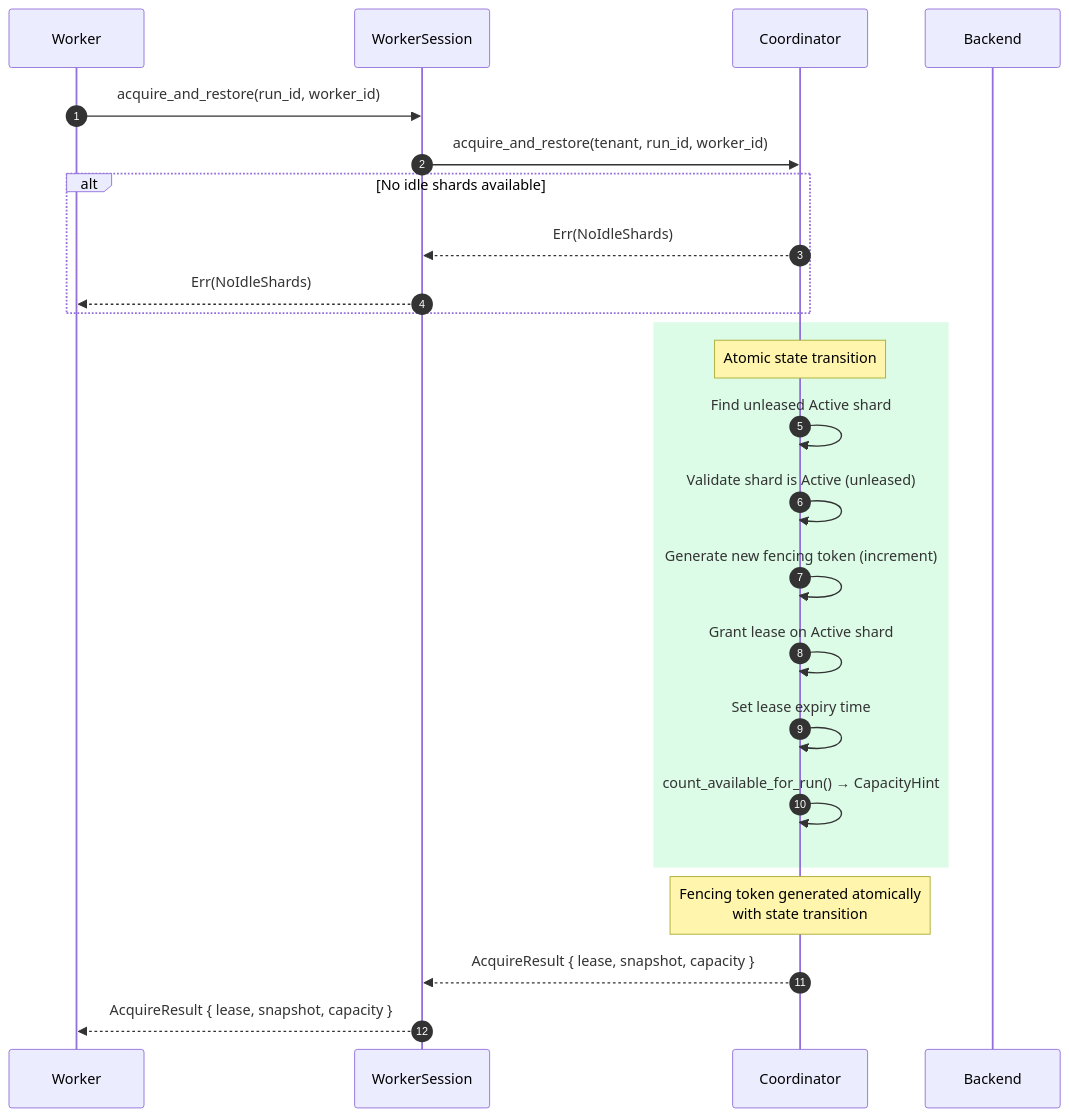
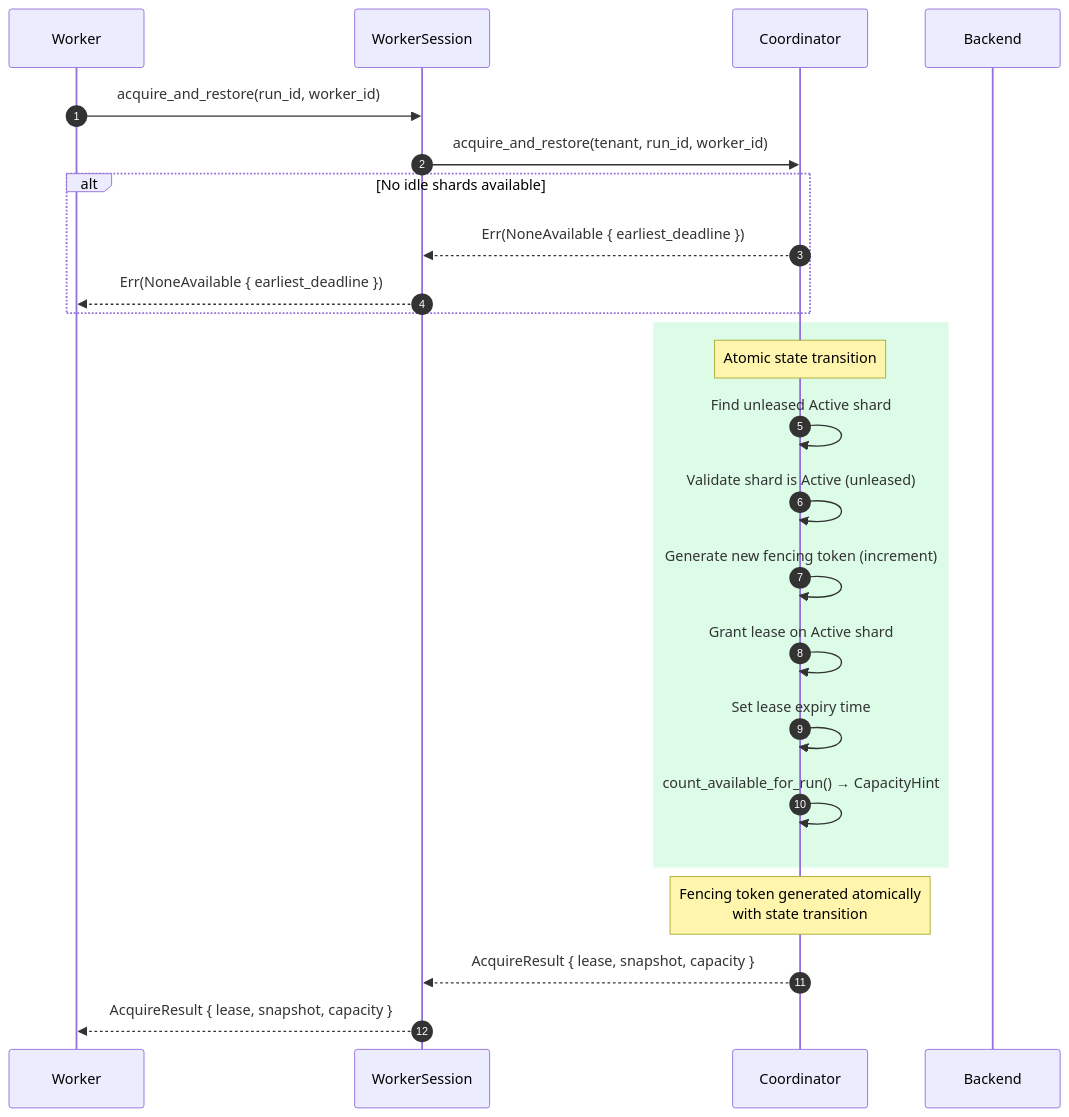
One commit to ahrav/Gossip-rs changed the first of 7 diagrams in diagrams/07-lease-lifecycle.md. Above: the diagram before and after it, drawn with Mermaid.

Commit message:
address feedback

````diff
--- a/diagrams/07-lease-lifecycle.md
+++ b/diagrams/07-lease-lifecycle.md
@@ -39,32 +39,32 @@
 ```mermaid
 %% Diagram: lease-acquisition-sequence
 sequenceDiagram
     autonumber
     participant W as Worker
     participant WS as WorkerSession
     participant CO as Coordinator
     participant BE as Backend
 
     W->>WS: acquire_and_restore(run_id, worker_id)
     WS->>CO: acquire_and_restore(tenant, run_id, worker_id)
 
     alt No idle shards available
-        CO-->>WS: Err(NoIdleShards)
-        WS-->>W: Err(NoIdleShards)
+        CO-->>WS: Err(NoneAvailable { earliest_deadline })
+        WS-->>W: Err(NoneAvailable { earliest_deadline })
     end
 
     rect rgb(220, 252, 231)
         Note over CO: Atomic state transition
         CO->>CO: Find unleased Active shard
         CO->>CO: Validate shard is Active (unleased)
         CO->>CO: Generate new fencing token (increment)
         CO->>CO: Grant lease on Active shard
         CO->>CO: Set lease expiry time
         CO->>CO: count_available_for_run() → CapacityHint
     end
 
     Note over CO: Fencing token generated atomically<br/>with state transition
 
     CO-->>WS: AcquireResult { lease, snapshot, capacity }
     WS-->>W: AcquireResult { lease, snapshot, capacity }
 ```
````
